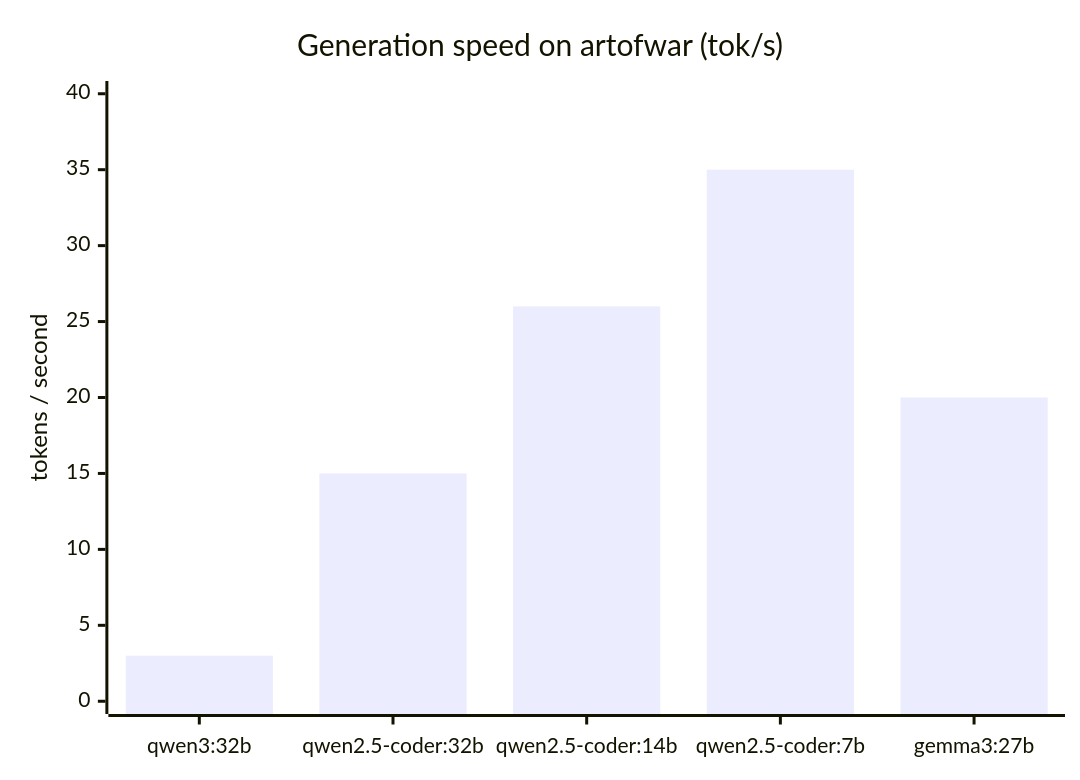
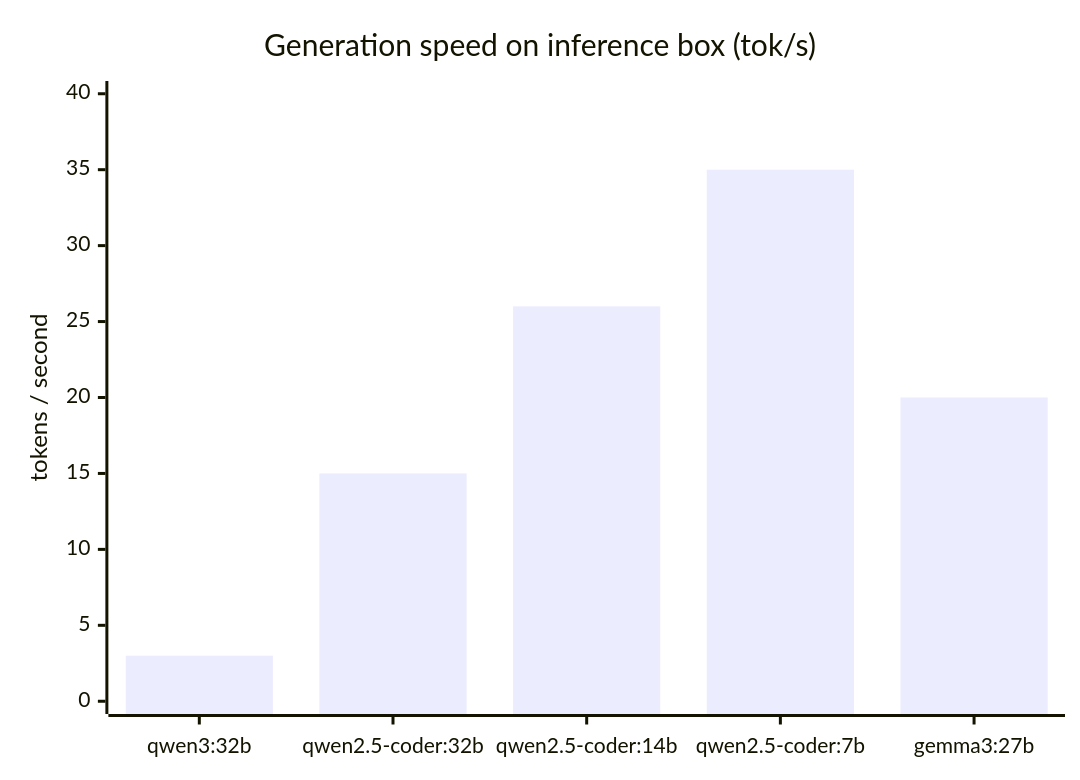
The ninth of 18 diagrams in README.md (Ringmast4r/NotClaw), drawn with Mermaid before and after one commit. The commit also changed other lines of this file and 2 other files, not shown here.

````diff
--- a/README.md
+++ b/README.md
@@ -362,7 +362,7 @@
 ```mermaid
 xychart-beta
-    title "Generation speed on artofwar (tok/s)"
+    title "Generation speed on inference box (tok/s)"
     x-axis ["qwen3:32b", "qwen2.5-coder:32b", "qwen2.5-coder:14b", "qwen2.5-coder:7b", "gemma3:27b"]
     y-axis "tokens / second" 0 --> 40
     bar [3, 15, 26, 35, 20]
 ```
````
